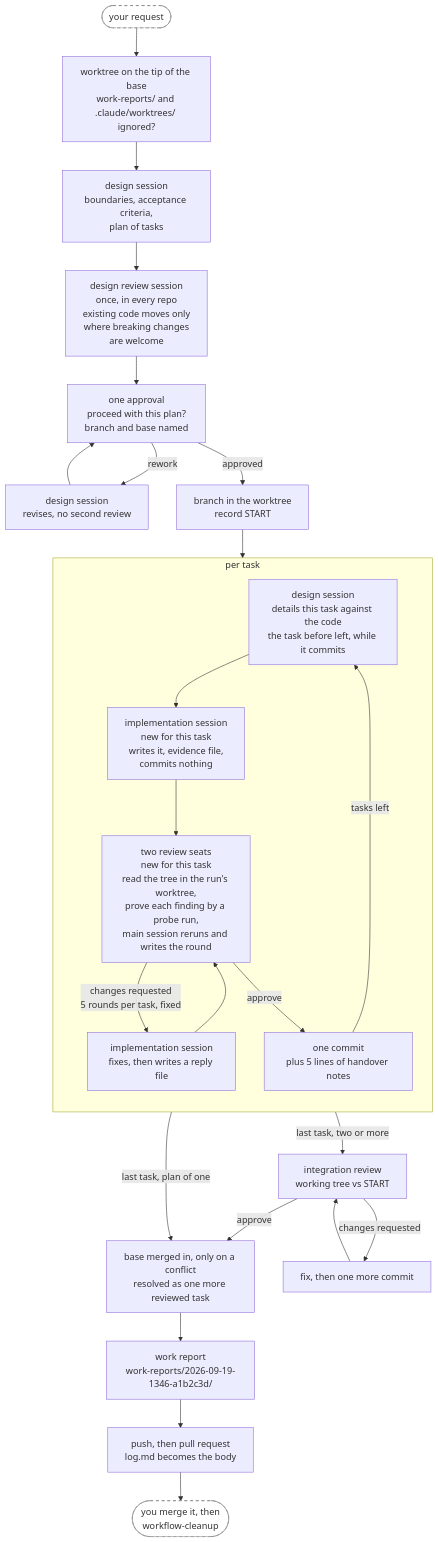
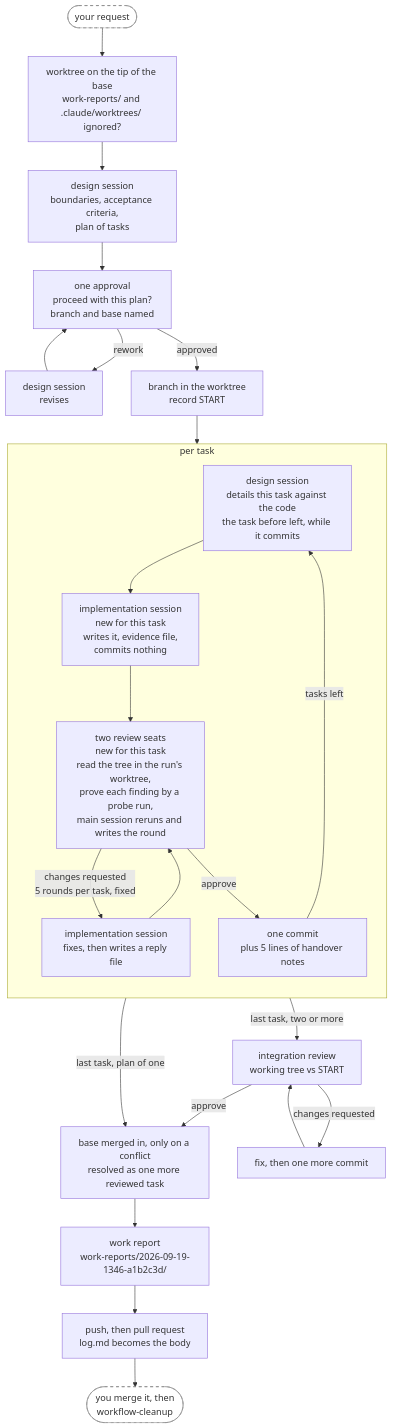
The second of 4 diagrams in plugins/annetaan/README.md (annetaan/claude-plugins), drawn with Mermaid before and after one commit. The commit also changed other lines of this file and 20 other files, not shown here.

First line of the commit message:
feat: remove the design review and the breaking-changes question

````diff
--- a/plugins/annetaan/README.md
+++ b/plugins/annetaan/README.md
@@ -169,34 +168,34 @@
 ```mermaid
 flowchart TD
     req(["your request"]) --> wt["worktree on the tip of the base<br/>work-reports/ and .claude/worktrees/ ignored?"] --> design["design session<br/>boundaries, acceptance criteria,<br/>plan of tasks"]
-    design --> dreview["design review session<br/>once, in every repo<br/>existing code moves only<br/>where breaking changes<br/>are welcome"] --> ask["one approval<br/>proceed with this plan?<br/>branch and base named"]
-    ask -->|rework| redo["design session<br/>revises, no second review"] --> ask
+    design --> ask["one approval<br/>proceed with this plan?<br/>branch and base named"]
+    ask -->|rework| redo["design session<br/>revises"] --> ask
     ask -->|approved| setup["branch in the worktree<br/>record START"]
     setup --> detail
 
     subgraph task["per task"]
         direction TB
         detail["design session<br/>details this task against the code<br/>the task before left, while it commits"]
         impl["implementation session<br/>new for this task<br/>writes it, evidence file,<br/>commits nothing"]
         review["two review seats<br/>new for this task<br/>read the tree in the run's worktree,<br/>prove each finding by a probe run,<br/>main session reruns and writes the round"]
         respond["implementation session<br/>fixes, then writes a reply file"]
         commit["one commit<br/>plus 5 lines of handover notes"]
         detail --> impl --> review
         review -->|"changes requested<br/>5 rounds per task, fixed"| respond
         respond --> review
         review -->|approve| commit
         commit -->|tasks left| detail
     end
 
     commit -->|"last task, two or more"| integ["integration review<br/>working tree vs START"]
     commit -->|"last task, plan of one"| sync
     integ -->|changes requested| integfix["fix, then one more commit"]
     integfix --> integ
     integ -->|approve| sync["base merged in, only on a conflict<br/>resolved as one more reviewed task"]
     sync --> report["work report<br/>work-reports/2026-09-19-1346-a1b2c3d/"]
     report --> pr["push, then pull request<br/>log.md becomes the body"]
     pr --> clean(["you merge it, then<br/>workflow-cleanup"])
 
     classDef human fill:#fff,stroke:#888,stroke-dasharray: 5 5
     class req,clean human
 ```
````
